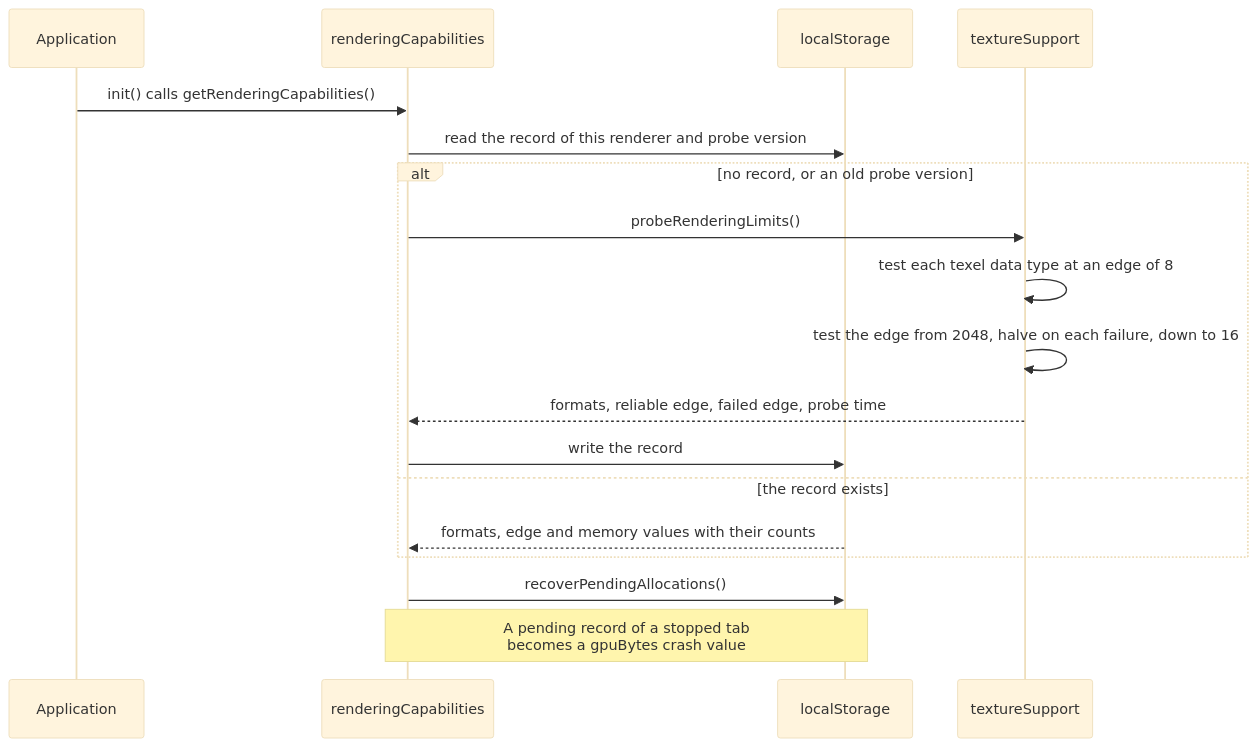
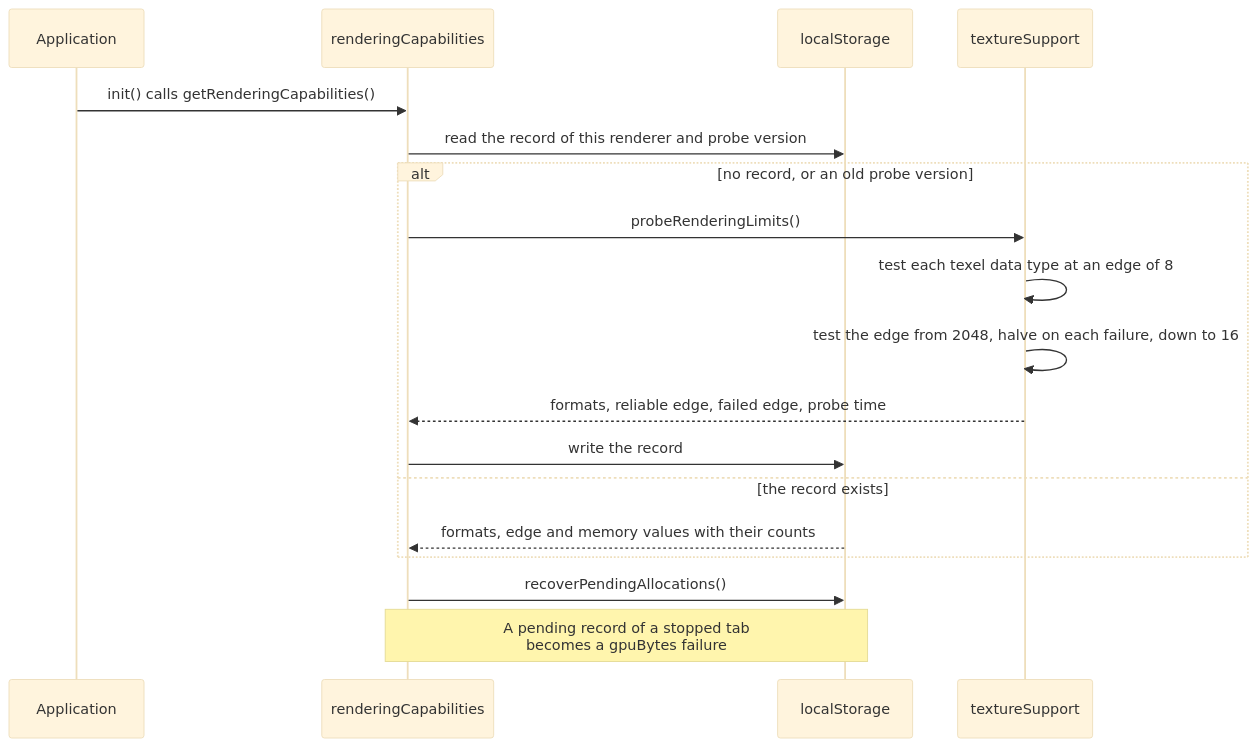
The first of 3 diagrams in packages/docs/docs/specs/core/gpu-device-limits.md (cornerstonejs/cornerstone3D), drawn with Mermaid (base theme) before and after one commit. The commit also changed other lines of this file and 15 other files, not shown here.

````diff
--- a/packages/docs/docs/specs/core/gpu-device-limits.md
+++ b/packages/docs/docs/specs/core/gpu-device-limits.md
@@ -152,21 +174,21 @@
 ```mermaid
 sequenceDiagram
     participant App as Application
     participant RC as renderingCapabilities
     participant Store as localStorage
     participant Probe as textureSupport
 
     App->>RC: init() calls getRenderingCapabilities()
     RC->>Store: read the record of this renderer and probe version
     alt no record, or an old probe version
         RC->>Probe: probeRenderingLimits()
         Probe->>Probe: test each texel data type at an edge of 8
         Probe->>Probe: test the edge from 2048, halve on each failure, down to 16
         Probe-->>RC: formats, reliable edge, failed edge, probe time
         RC->>Store: write the record
     else the record exists
         Store-->>RC: formats, edge and memory values with their counts
     end
     RC->>Store: recoverPendingAllocations()
-    Note over RC,Store: A pending record of a stopped tab<br/>becomes a gpuBytes crash value
+    Note over RC,Store: A pending record of a stopped tab<br/>becomes a gpuBytes failure
 ```
````
